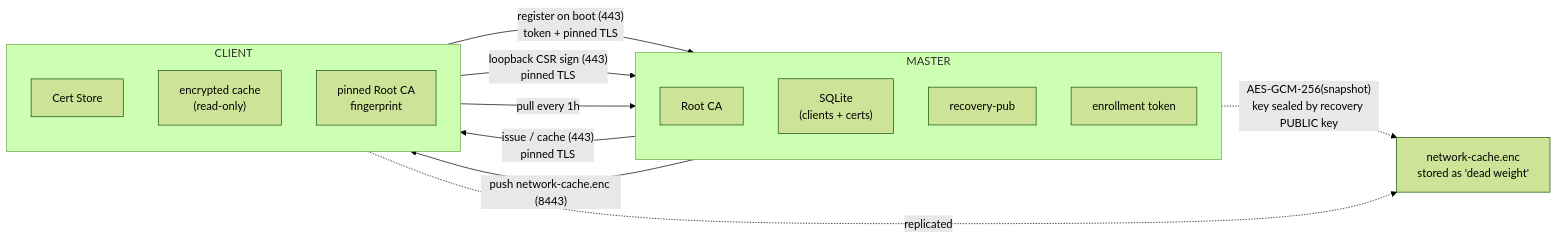
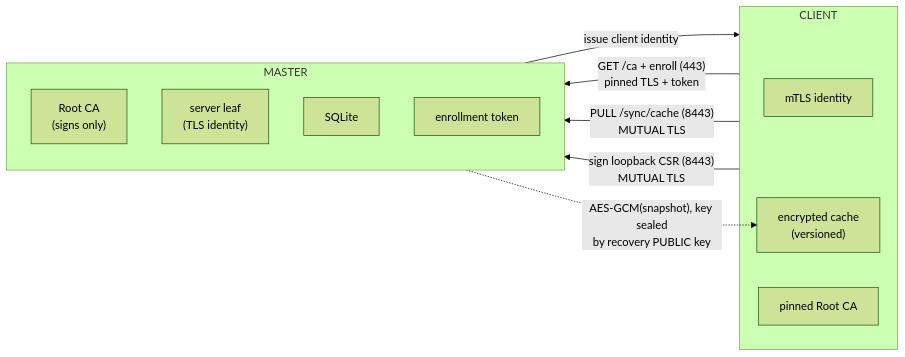
The diagram in README.md (iskyneon/natssl), drawn with Mermaid (forest theme) before and after one commit. The commit also changed other lines of this file and 23 other files, not shown here.

````diff
--- a/README.md
+++ b/README.md
@@ -46,26 +47,21 @@
 ```mermaid
 flowchart LR
     subgraph M["MASTER"]
-        direction TB
-        RCA["Root CA"]
-        DB["SQLite<br/>(clients + certs)"]
-        RPUB["recovery-pub"]
+        RCA["Root CA<br/>(signs only)"]
+        SRV["server leaf<br/>(TLS identity)"]
+        DB["SQLite"]
         TOK["enrollment token"]
     end
 
     subgraph C["CLIENT"]
-        direction TB
-        CS["Cert Store"]
-        ENC["encrypted cache<br/>(read-only)"]
-        PIN["pinned Root CA<br/>fingerprint"]
+        CID["mTLS identity"]
+        ENC["encrypted cache<br/>(versioned)"]
+        PIN["pinned Root CA"]
     end
 
-    C -- "register on boot (443)<br/>token + pinned TLS" --> M
-    M -- "issue / cache (443)<br/>pinned TLS" --> C
-    C -- "loopback CSR sign (443)<br/>pinned TLS" --> M
-    C -- "pull every 1h" --> M
-    M -- "push network-cache.enc (8443)" --> C
-
-    M -. "AES-GCM-256(snapshot)<br/>key sealed by recovery PUBLIC key" .-> CACHE["network-cache.enc<br/>stored as 'dead weight'"]
-    C -. "replicated" .-> CACHE
+    C -- "GET /ca + enroll (443)<br/>pinned TLS + token" --> M
+    M -- "issue client identity" --> C
+    C -- "PULL /sync/cache (8443)<br/>MUTUAL TLS" --> M
+    C -- "sign loopback CSR (8443)<br/>MUTUAL TLS" --> M
+    M -. "AES-GCM(snapshot), key sealed<br/>by recovery PUBLIC key" .-> ENC
 ```
````
